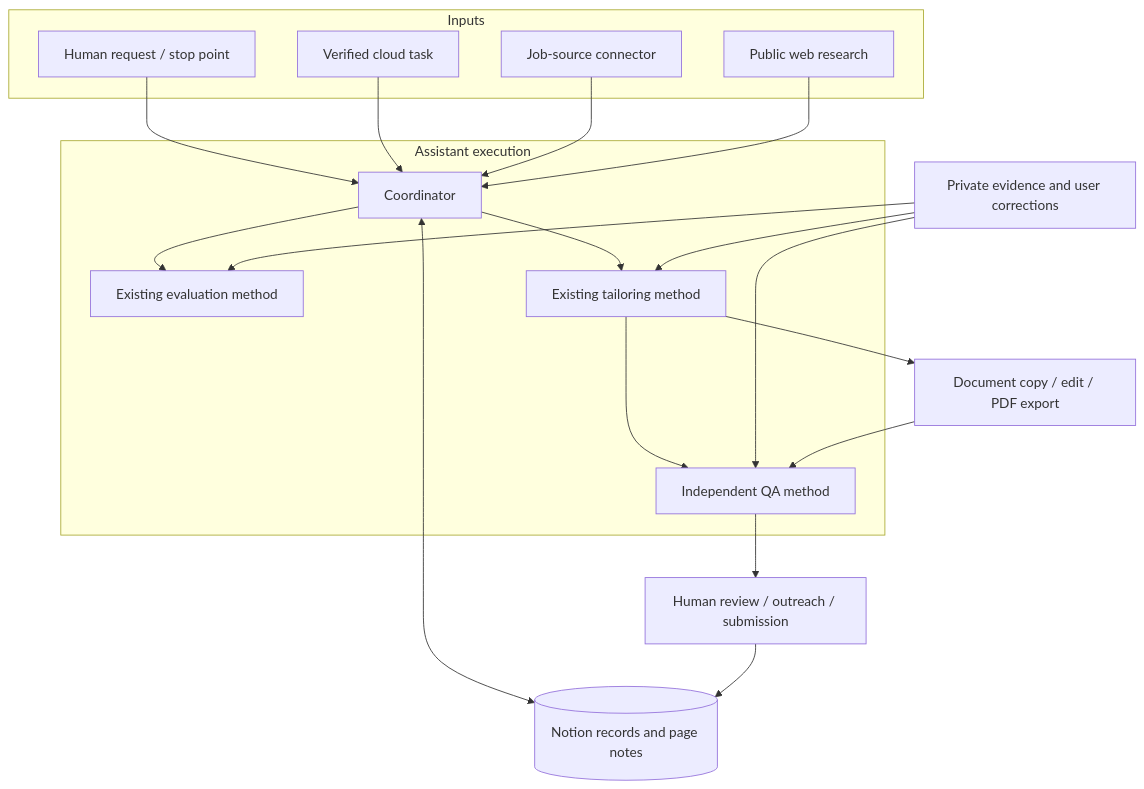
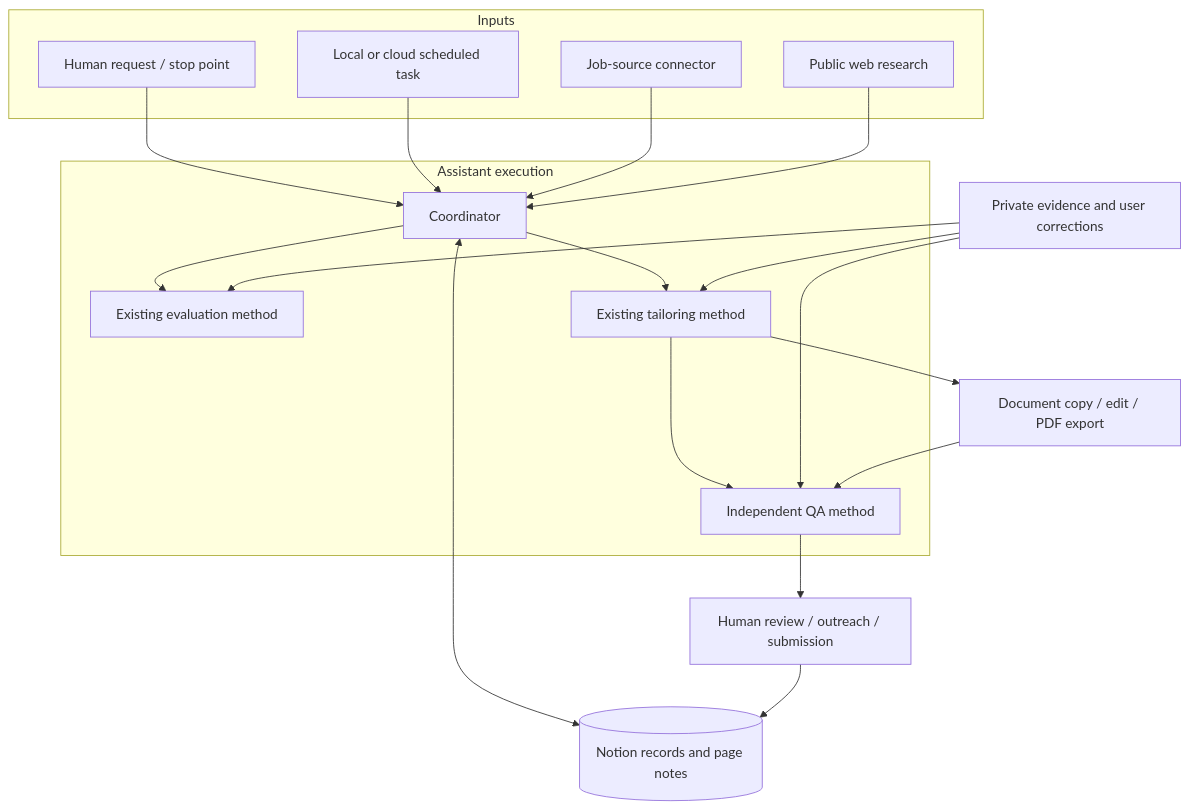
The diagram in docs/architecture.md (hieu-nguyen-nth/personal-recruiting-system), drawn with Mermaid before and after one commit. The commit also changed 9 other files, not shown here.

Commit message:
Document explicit local and cloud scheduling choices

````diff
--- a/docs/architecture.md
+++ b/docs/architecture.md
@@ -5,30 +5,30 @@
 ```mermaid
 flowchart TB
   subgraph Inputs
     U[Human request / stop point]
-    S[Verified cloud task]
+    S[Local or cloud scheduled task]
     J[Job-source connector]
     W[Public web research]
   end
   U --> C
   S --> C
   J --> C
   W --> C
   subgraph Agent[Assistant execution]
     C[Coordinator]
     E[Existing evaluation method]
     T[Existing tailoring method]
     Q[Independent QA method]
     C --> E
     C --> T
     T --> Q
   end
   P[Private evidence and user corrections] --> E
   P --> T
   P --> Q
   C <--> N[(Notion records and page notes)]
   T --> D[Document copy / edit / PDF export]
   D --> Q
   Q --> H[Human review / outreach / submission]
   H --> N
 ```
````
